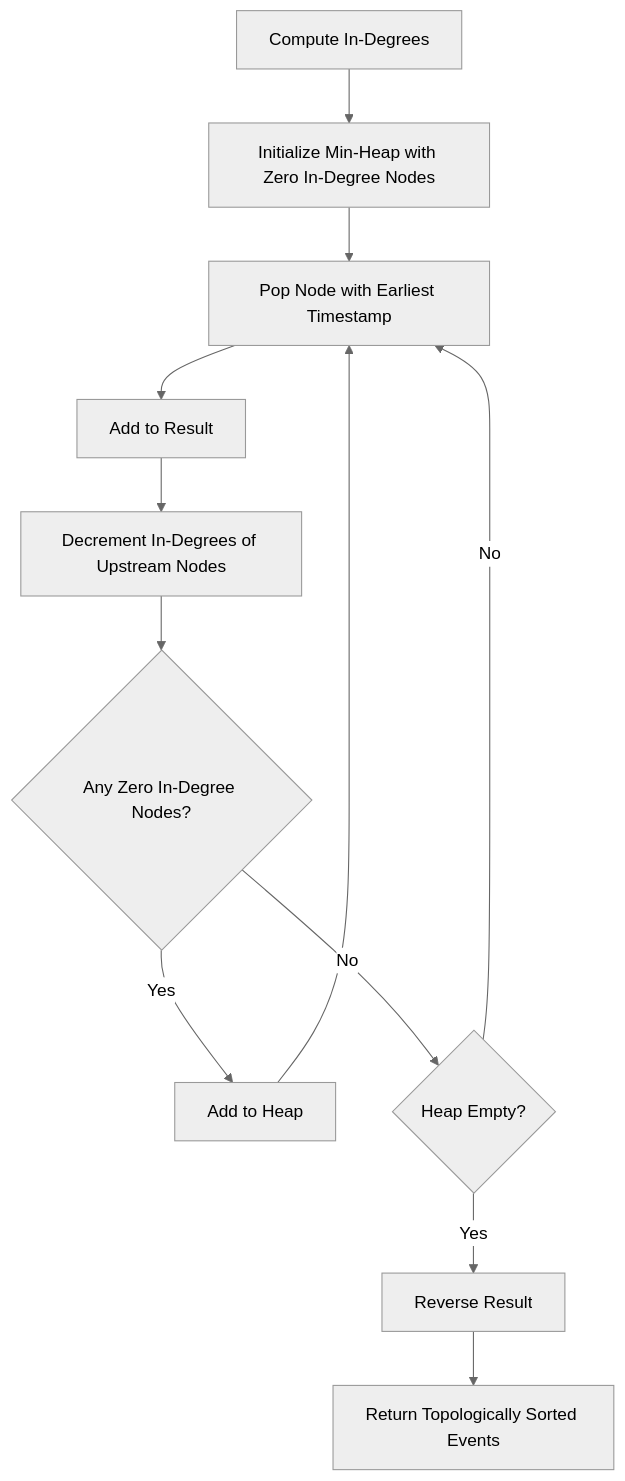
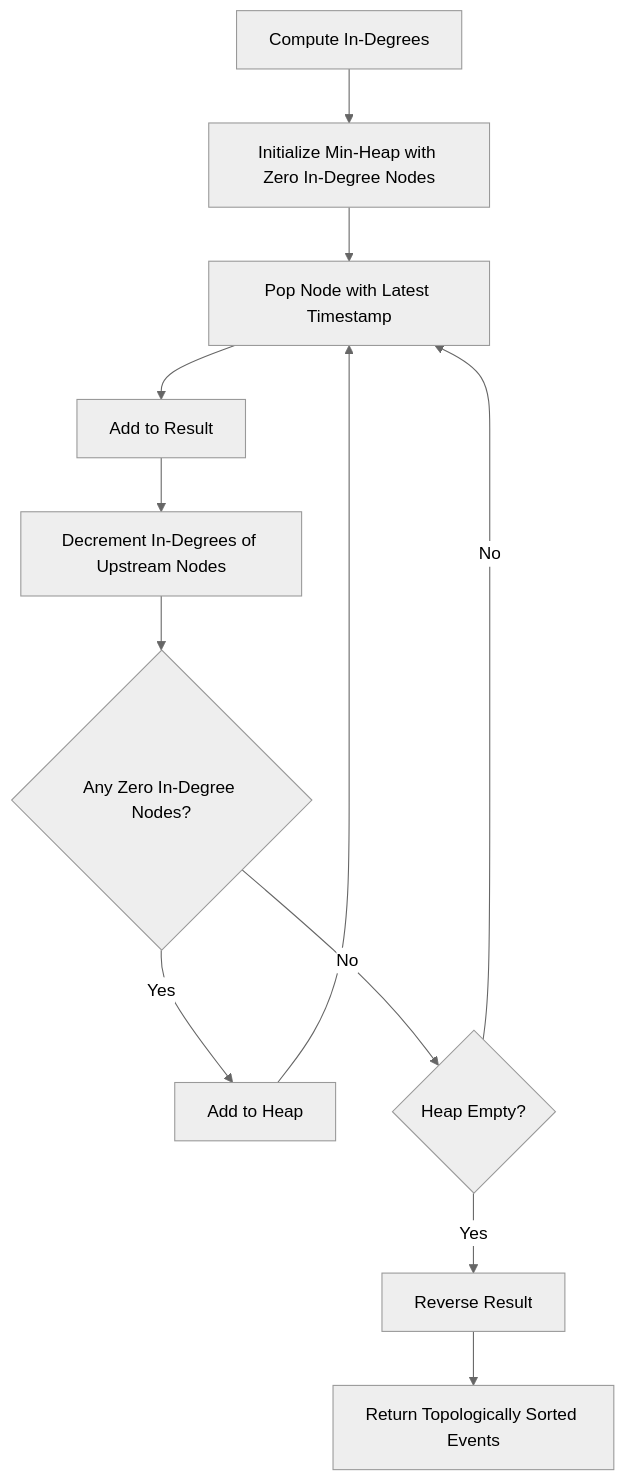
One commit to binome-dev/graphite changed the third of 5 diagrams in docs/docs/user-guide/events/event_graph.md. Above: the diagram before and after it, drawn with Mermaid (neutral theme). The commit also changed other lines of this file and 197 other files, not shown here.

````diff
--- a/docs/docs/user-guide/events/event_graph.md
+++ b/docs/docs/user-guide/events/event_graph.md
@@ -135,14 +129,14 @@
 ```mermaid
 graph TD
     A[Compute In-Degrees] --> B[Initialize Min-Heap with Zero In-Degree Nodes]
-    B --> C[Pop Node with Earliest Timestamp]
+    B --> C[Pop Node with Latest Timestamp]
     C --> D[Add to Result]
     D --> E[Decrement In-Degrees of Upstream Nodes]
     E --> F{Any Zero In-Degree Nodes?}
     F -->|Yes| G[Add to Heap]
     G --> C
     F -->|No| H{Heap Empty?}
     H -->|No| C
     H -->|Yes| I[Reverse Result]
     I --> J[Return Topologically Sorted Events]
 ```
````
